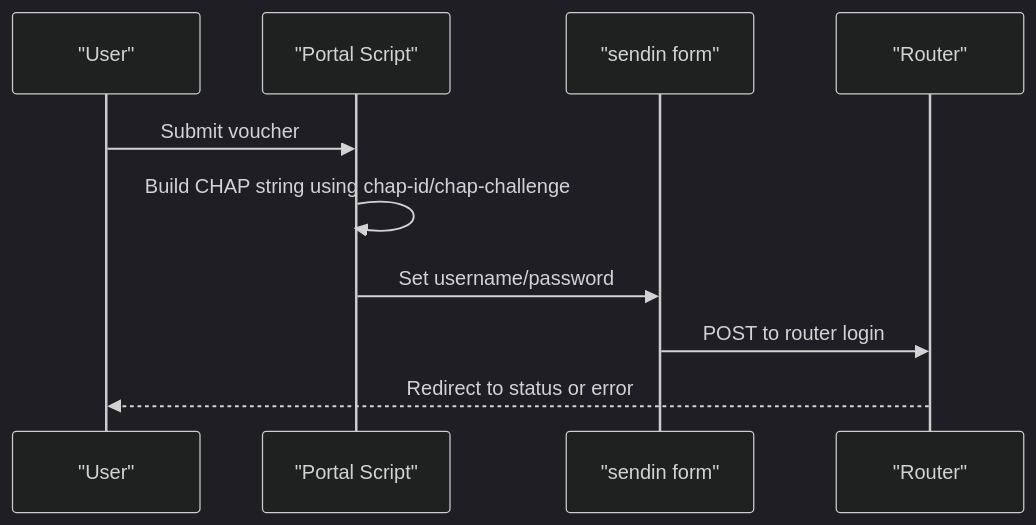
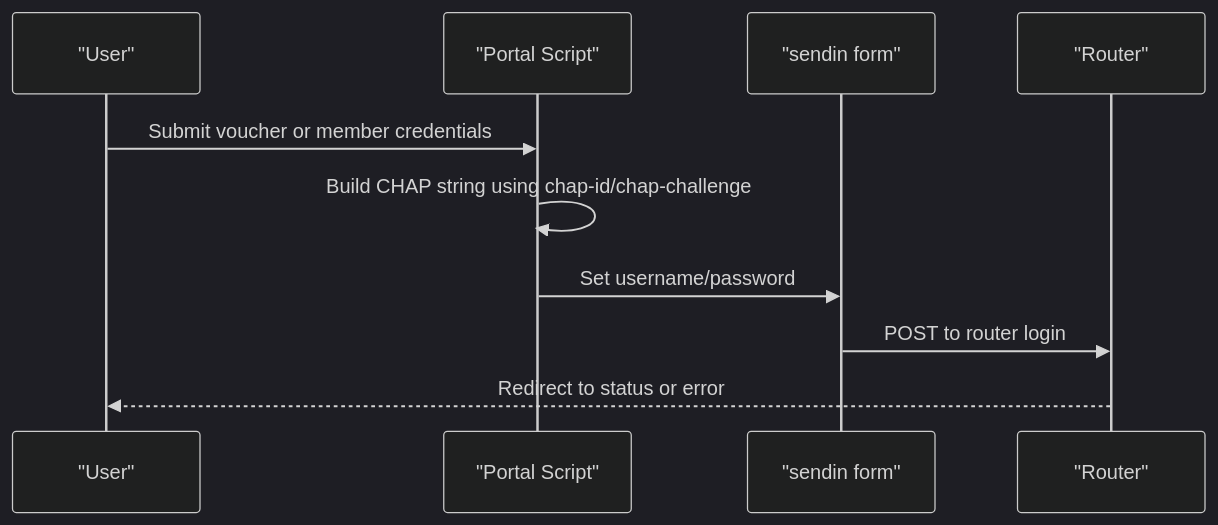
One commit to Djnirds1984/MT-CONTROLLER-PISOWIFI changed the eighth of 14 diagrams in .qoder/repowiki/en/content/Captive Portal Interface/Login Interface & Voucher Entry.md. Above: the diagram before and after it, drawn with Mermaid (dark theme). The commit also changed other lines of this file and 14 other files, not shown here.

````diff
--- a/.qoder/repowiki/en/content/Captive Portal Interface/Login Interface & Voucher Entry.md
+++ b/.qoder/repowiki/en/content/Captive Portal Interface/Login Interface & Voucher Entry.md
@@ -276,12 +303,12 @@
 ```mermaid
 sequenceDiagram
 participant U as "User"
 participant P as "Portal Script"
 participant F as "sendin form"
 participant R as "Router"
-U->>P : Submit voucher
+U->>P : Submit voucher or member credentials
 P->>P : Build CHAP string using chap-id/chap-challenge
 P->>F : Set username/password
 F->>R : POST to router login
 R-->>U : Redirect to status or error
 ```
````
